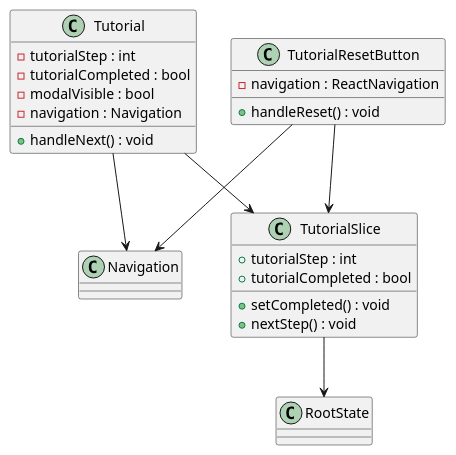
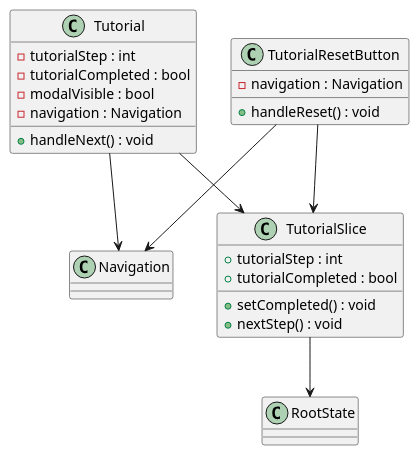
Before and after one commit to Windesheim-AI/UML-diagrams: the diagram in tdd/tutorial.puml, drawn with PlantUML.

Commit message:
refactor: :art: Fixed a type of a variable in the diagram

```diff
--- a/tdd/tutorial.puml
+++ b/tdd/tutorial.puml
@@ -1,33 +1,33 @@
 @startuml ReactTutorialComponent
 
 class Tutorial {
     - tutorialStep : int
     - tutorialCompleted : bool
     - modalVisible : bool
     - navigation : Navigation
     + handleNext() : void
 }
 
 class Navigation {
 }
 
 
 class TutorialSlice{
     + tutorialStep : int
     + tutorialCompleted : bool
 
     + setCompleted() : void
     + nextStep() : void
 }
 
 class TutorialResetButton {
-    - navigation : ReactNavigation
+    - navigation : Navigation
 
     + handleReset() : void
 }
 Tutorial --> TutorialSlice
 Tutorial --> Navigation
 TutorialSlice --> RootState
 TutorialResetButton --> Navigation
 TutorialResetButton --> TutorialSlice
 @enduml
```
